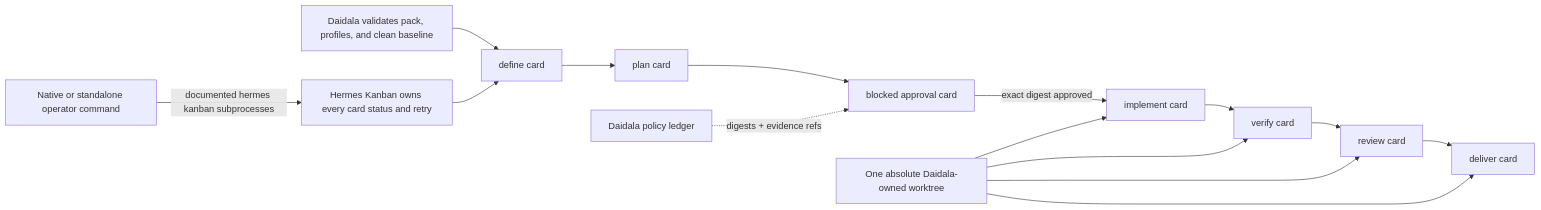
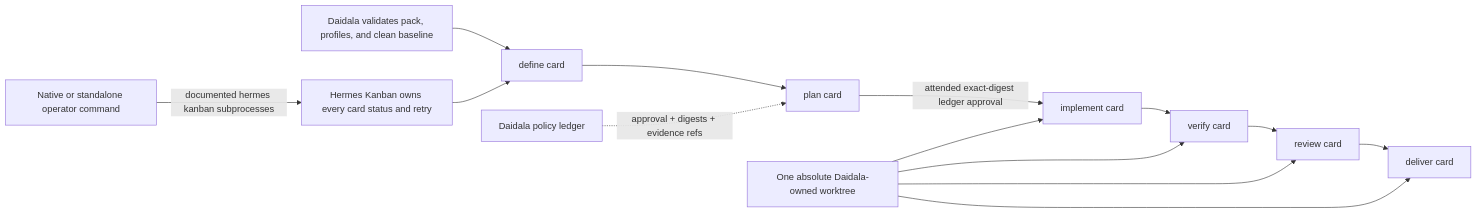
The third of 3 diagrams in docs/01-architecture.md (forgegod/daidala), drawn with Mermaid before and after one commit. The commit also changed 24 other files, not shown here.

````diff
--- a/docs/01-architecture.md
+++ b/docs/01-architecture.md
@@ -118,19 +118,18 @@
 ```mermaid
 flowchart LR
     START["Daidala validates pack, profiles, and clean baseline"] --> DEFINE["define card"]
     DEFINE --> PLAN["plan card"]
-    PLAN --> APPROVAL["blocked approval card"]
-    APPROVAL -->|"exact digest approved"| IMPLEMENT["implement card"]
+    PLAN -->|"attended exact-digest ledger approval"| IMPLEMENT["implement card"]
     IMPLEMENT --> VERIFY["verify card"]
     VERIFY --> REVIEW["review card"]
     REVIEW --> DELIVER["deliver card"]
 
     KB["Hermes Kanban owns every card status and retry"] --> DEFINE
-    LEDGER["Daidala policy ledger"] -."digests + evidence refs".-> APPROVAL
+    LEDGER["Daidala policy ledger"] -."approval + digests + evidence refs".-> PLAN
     WORKTREE["One absolute Daidala-owned worktree"] --> IMPLEMENT
     WORKTREE --> VERIFY
     WORKTREE --> REVIEW
     WORKTREE --> DELIVER
 
     CLI["Native or standalone operator command"] -->|"documented hermes kanban subprocesses"| KB
 ```
````
